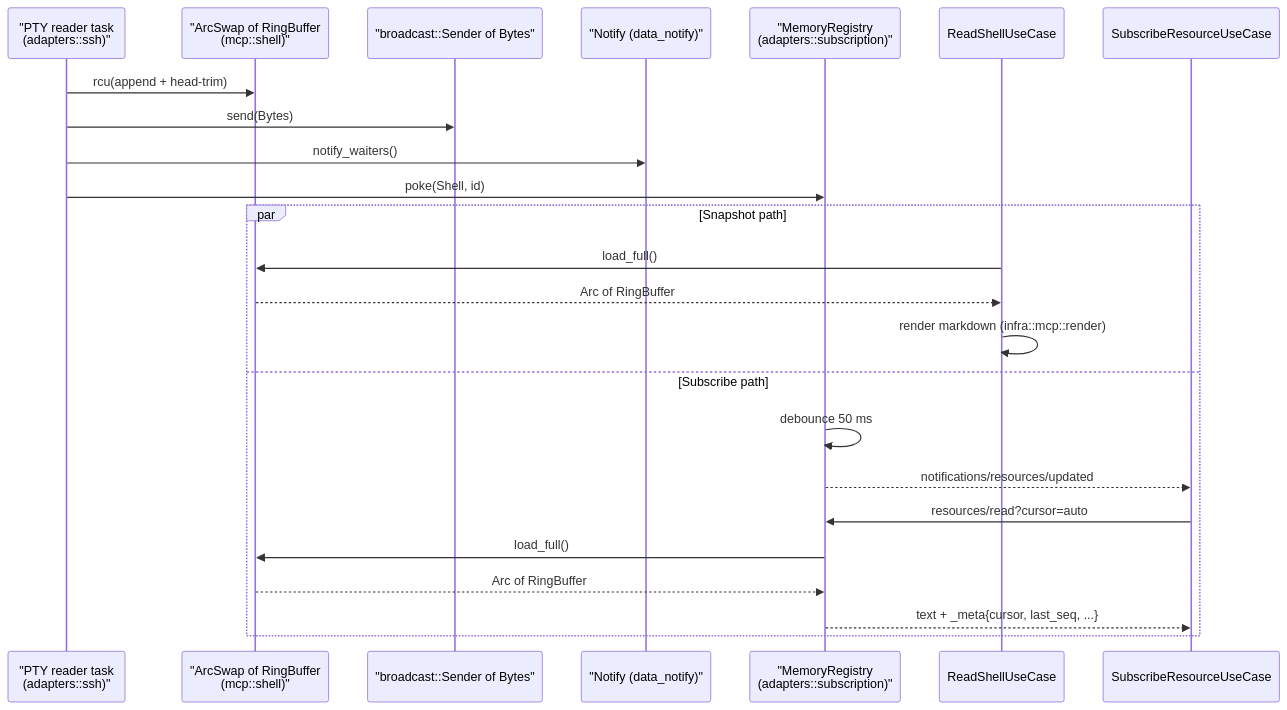
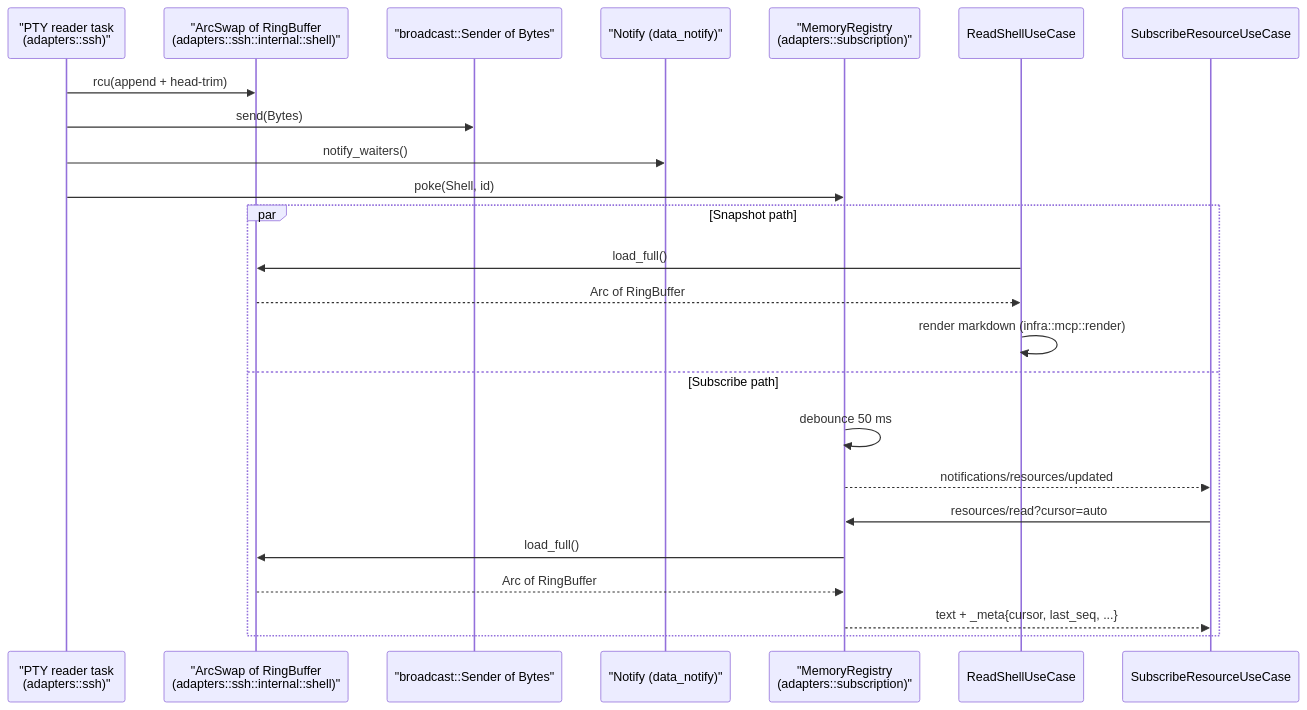
One commit to farchanjo/ssh-mcp changed the second of 3 diagrams in docs/ARCHITECTURE.md. Above: the diagram before and after it, drawn with Mermaid. The commit also changed other lines of this file and 9 other files, not shown here.

````diff
--- a/docs/ARCHITECTURE.md
+++ b/docs/ARCHITECTURE.md
@@ -300,28 +303,28 @@
 ```mermaid
 sequenceDiagram
     participant Producer as "PTY reader task<br/>(adapters::ssh)"
-    participant History as "ArcSwap of RingBuffer<br/>(mcp::shell)"
+    participant History as "ArcSwap of RingBuffer<br/>(adapters::ssh::internal::shell)"
     participant Broadcast as "broadcast::Sender of Bytes"
     participant Notify as "Notify (data_notify)"
     participant Reg as "MemoryRegistry<br/>(adapters::subscription)"
     participant Reader as ReadShellUseCase
     participant Sub as SubscribeResourceUseCase
 
     Producer->>History: rcu(append + head-trim)
     Producer->>Broadcast: send(Bytes)
     Producer->>Notify: notify_waiters()
     Producer->>Reg: poke(Shell, id)
 
     par Snapshot path
         Reader->>History: load_full()
         History-->>Reader: Arc of RingBuffer
         Reader->>Reader: render markdown (infra::mcp::render)
     and Subscribe path
         Reg->>Reg: debounce 50 ms
         Reg-->>Sub: notifications/resources/updated
         Sub->>Reg: resources/read?cursor=auto
         Reg->>History: load_full()
         History-->>Reg: Arc of RingBuffer
         Reg-->>Sub: text + _meta{cursor, last_seq, ...}
     end
 ```
````
